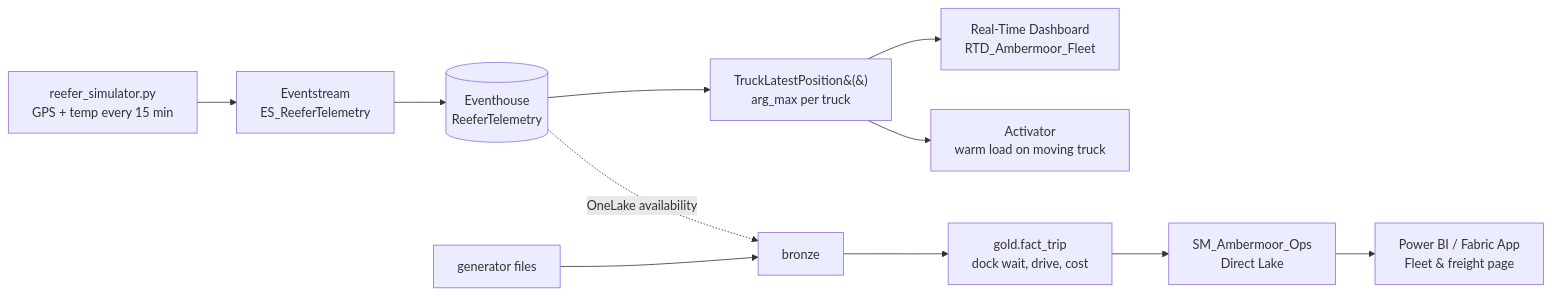
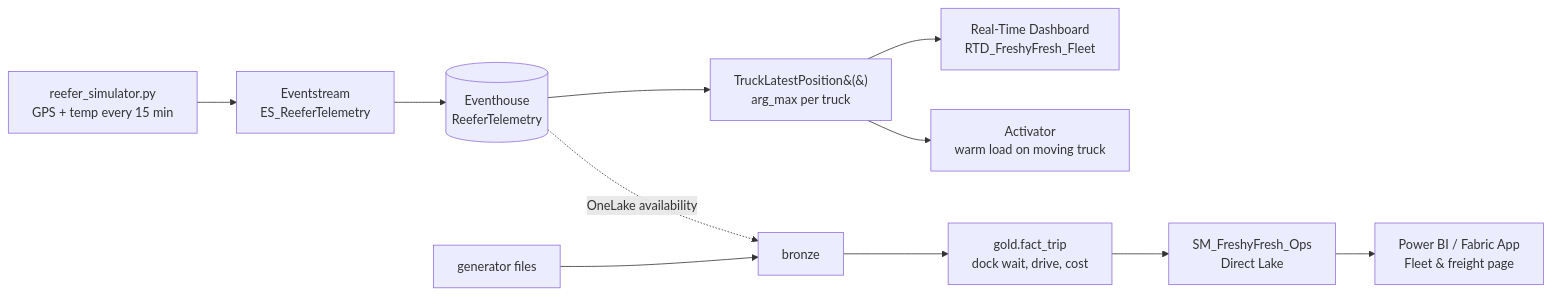
The diagram in docs/specs/fleet-trucks.md (shekhus/ambermoor-fabric-poc), drawn with Mermaid before and after one commit. The commit also changed other lines of this file and 49 other files, not shown here.

First line of the commit message:
Rename Ambermoor to FreshyFresh; live golden eval 10/10 PASS

````diff
--- a/docs/specs/fleet-trucks.md
+++ b/docs/specs/fleet-trucks.md
@@ -66,11 +66,11 @@
 ```mermaid
 flowchart LR
   SIM[reefer_simulator.py<br/>GPS + temp every 15 min] --> ES[Eventstream<br/>ES_ReeferTelemetry]
   ES --> EH[(Eventhouse<br/>ReeferTelemetry)]
   EH --> FN[TruckLatestPosition&#40;&#41;<br/>arg_max per truck]
-  FN --> RTD[Real-Time Dashboard<br/>RTD_Ambermoor_Fleet]
+  FN --> RTD[Real-Time Dashboard<br/>RTD_FreshyFresh_Fleet]
   FN --> ACT[Activator<br/>warm load on moving truck]
   GEN[generator files] --> BR[bronze] --> GD[gold.fact_trip<br/>dock wait, drive, cost]
-  GD --> SM[SM_Ambermoor_Ops<br/>Direct Lake] --> PBI[Power BI / Fabric App<br/>Fleet & freight page]
+  GD --> SM[SM_FreshyFresh_Ops<br/>Direct Lake] --> PBI[Power BI / Fabric App<br/>Fleet & freight page]
   EH -. OneLake availability .-> BR
 ```
````
